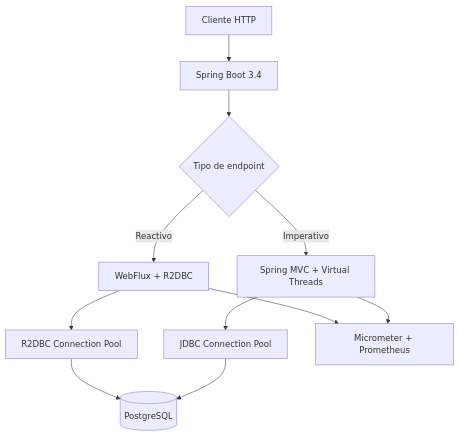
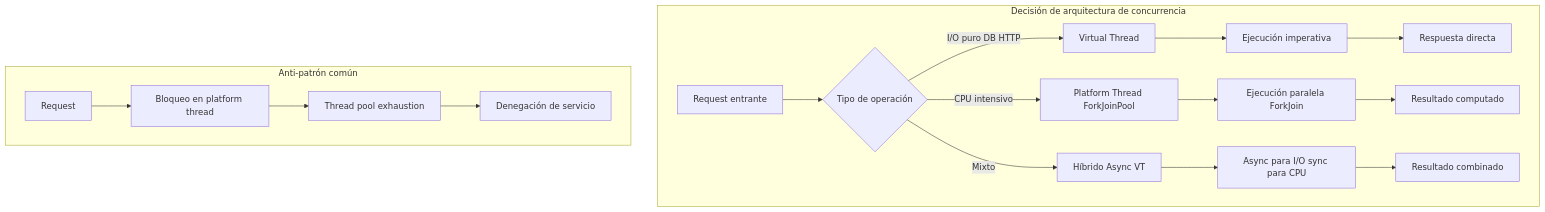
Before and after one commit to Joaquinriosheredia/DAM-Java-Mastery: the first of 4 diagrams in 03_Spring_Ecosystem/spring_boot_34_r2dbc_virtual_threads_STAFF.md, drawn with Mermaid. The commit also changed other lines of this file, not shown here.

Commit message:
spring_boot_34_r2dbc_virtual_threads_STAFF.md

````diff
--- a/03_Spring_Ecosystem/spring_boot_34_r2dbc_virtual_threads_STAFF.md
+++ b/03_Spring_Ecosystem/spring_boot_34_r2dbc_virtual_threads_STAFF.md
@@ -27,13 +56,23 @@
 ```mermaid
 graph TD
-    A[Cliente HTTP] --> B[Spring Boot 3.4]
-    B --> C{Tipo de endpoint}
-    C -->|Reactivo| D[WebFlux + R2DBC]
-    C -->|Imperativo| E[Spring MVC + Virtual Threads]
-    D --> F[R2DBC Connection Pool]
-    E --> G[JDBC Connection Pool]
-    F --> H[(PostgreSQL)]
-    G --> H
-    D --> I[Micrometer + Prometheus]
-    E --> I
+    subgraph "Decisión de arquitectura de concurrencia"
+        REQ[Request entrante] --> TIPO{Tipo de operación}
+        TIPO -->|I/O puro DB HTTP| VT[Virtual Thread]
+        TIPO -->|CPU intensivo| PT[Platform Thread ForkJoinPool]
+        TIPO -->|Mixto| HYB[Híbrido Async VT]
+        
+        VT --> EXEC1[Ejecución imperativa]
+        PT --> EXEC2[Ejecución paralela ForkJoin]
+        HYB --> EXEC3[Async para I/O sync para CPU]
+        
+        EXEC1 --> RESP1[Respuesta directa]
+        EXEC2 --> RESP2[Resultado computado]
+        EXEC3 --> RESP3[Resultado combinado]
+    end
+    
+    subgraph "Anti-patrón común"
+        REQ2[Request] --> BLOCK[Bloqueo en platform thread]
+        BLOCK --> STARV[Thread pool exhaustion]
+        STARV --> CRASH[Denegación de servicio]
+    end
 ```
````
